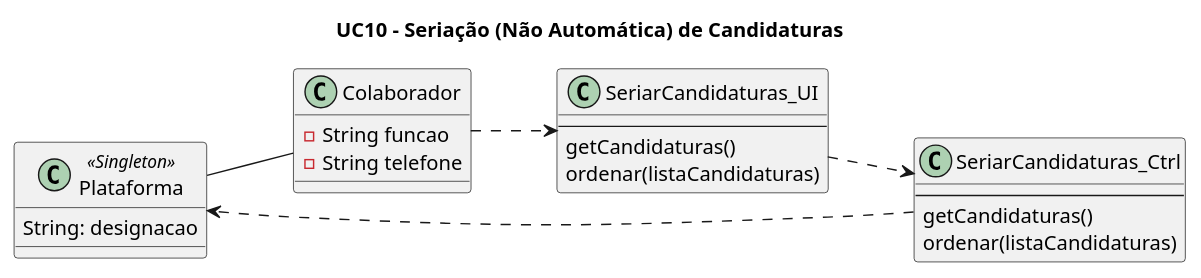
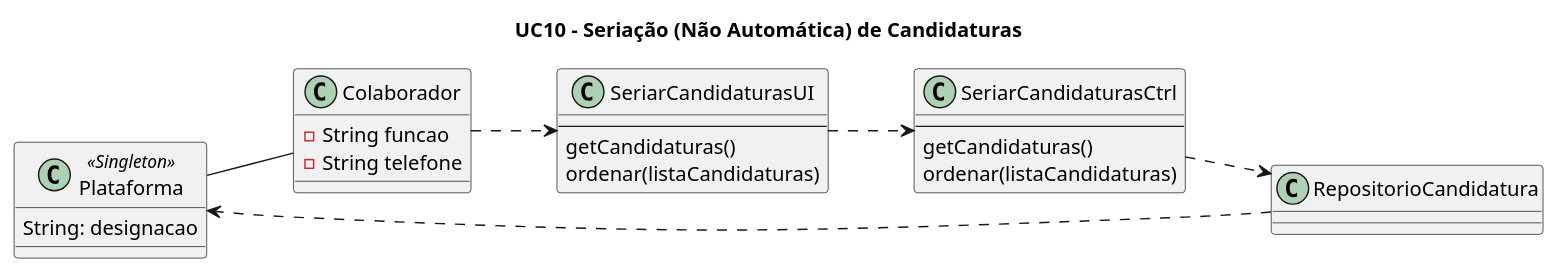
The diagram in Documentação/Sprint 3/UC10_Seriar_(não_automaticamente)_Candidaturas/UC10_Seriação_(Não_Automática)_de_Candidaturas_Diagrama_Classes.puml (blestonbandeiraUPSKILL/upskill_java1_labprg_grupo2), drawn with PlantUML before and after one commit. The commit also changed 2 other files, not shown here.

Commit message:
uc10 - diagrama de classes

```diff
--- a/Documentação/Sprint 3/UC10_Seriar_(não_automaticamente)_Candidaturas/UC10_Seriação_(Não_Automática)_de_Candidaturas_Diagrama_Classes.puml
+++ b/Documentação/Sprint 3/UC10_Seriar_(não_automaticamente)_Candidaturas/UC10_Seriação_(Não_Automática)_de_Candidaturas_Diagrama_Classes.puml
@@ -1,34 +1,39 @@
 @startuml
 
 title UC10 - Seriação (Não Automática) de Candidaturas
 
 left to right direction
 
 class Plataforma << Singleton >> {
     String: designacao
 }
 
 class Colaborador {
     -String funcao
     -String telefone
 }
 
 
-class SeriarCandidaturas_UI {
+class SeriarCandidaturasUI {
     --
     getCandidaturas()
     ordenar(listaCandidaturas)
 }
 
-class SeriarCandidaturas_Ctrl {
+class SeriarCandidaturasCtrl {
     --
     getCandidaturas()
     ordenar(listaCandidaturas)
 }
 
+class RepositorioCandidatura {
+
+}
+
 Plataforma -- Colaborador
-Colaborador ..> SeriarCandidaturas_UI
-SeriarCandidaturas_UI ..> SeriarCandidaturas_Ctrl
-SeriarCandidaturas_Ctrl ..> Plataforma
+Colaborador ..> SeriarCandidaturasUI
+SeriarCandidaturasUI ..> SeriarCandidaturasCtrl
+SeriarCandidaturasCtrl ..> RepositorioCandidatura
+RepositorioCandidatura ..> Plataforma
 
 @enduml
```
